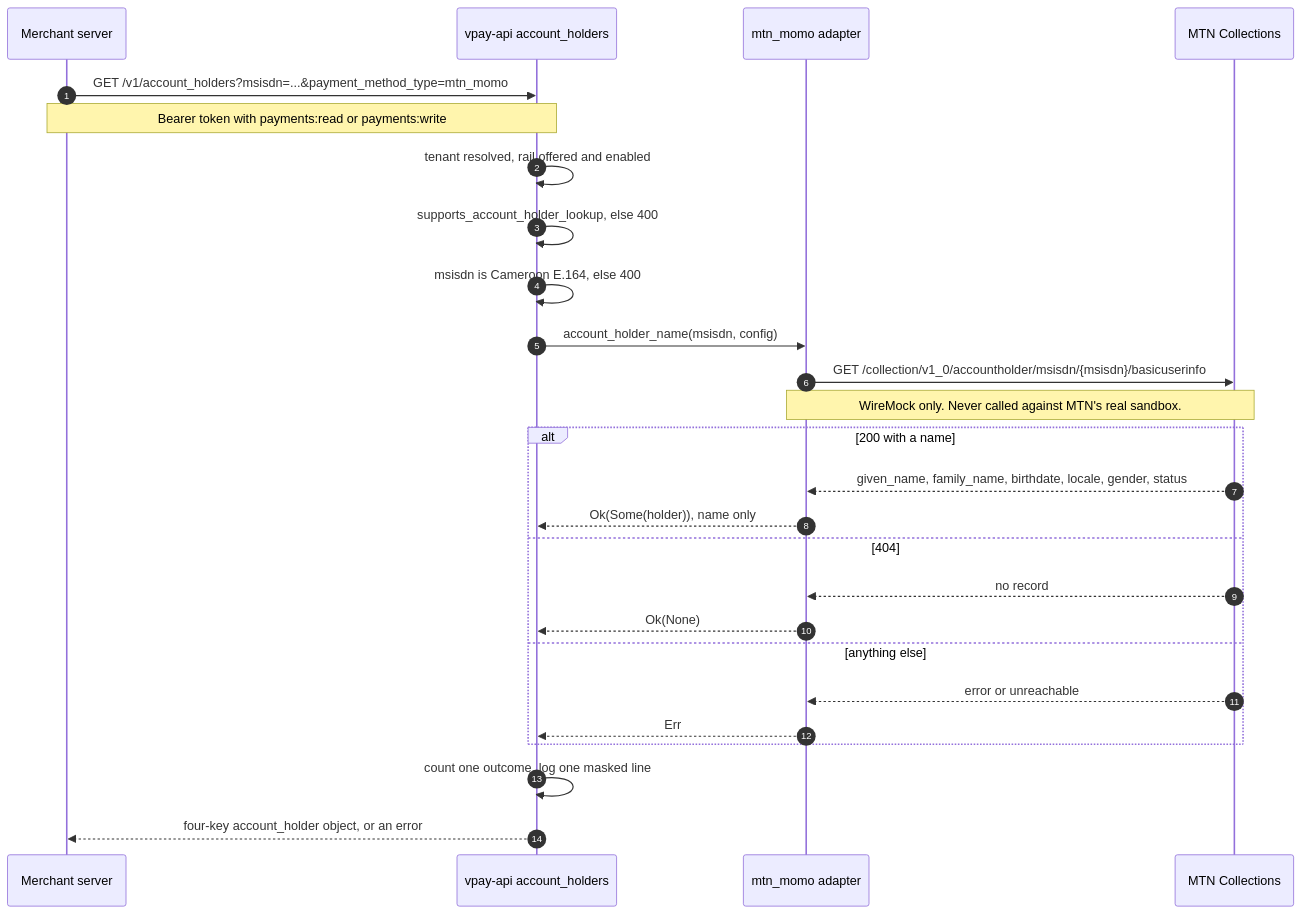
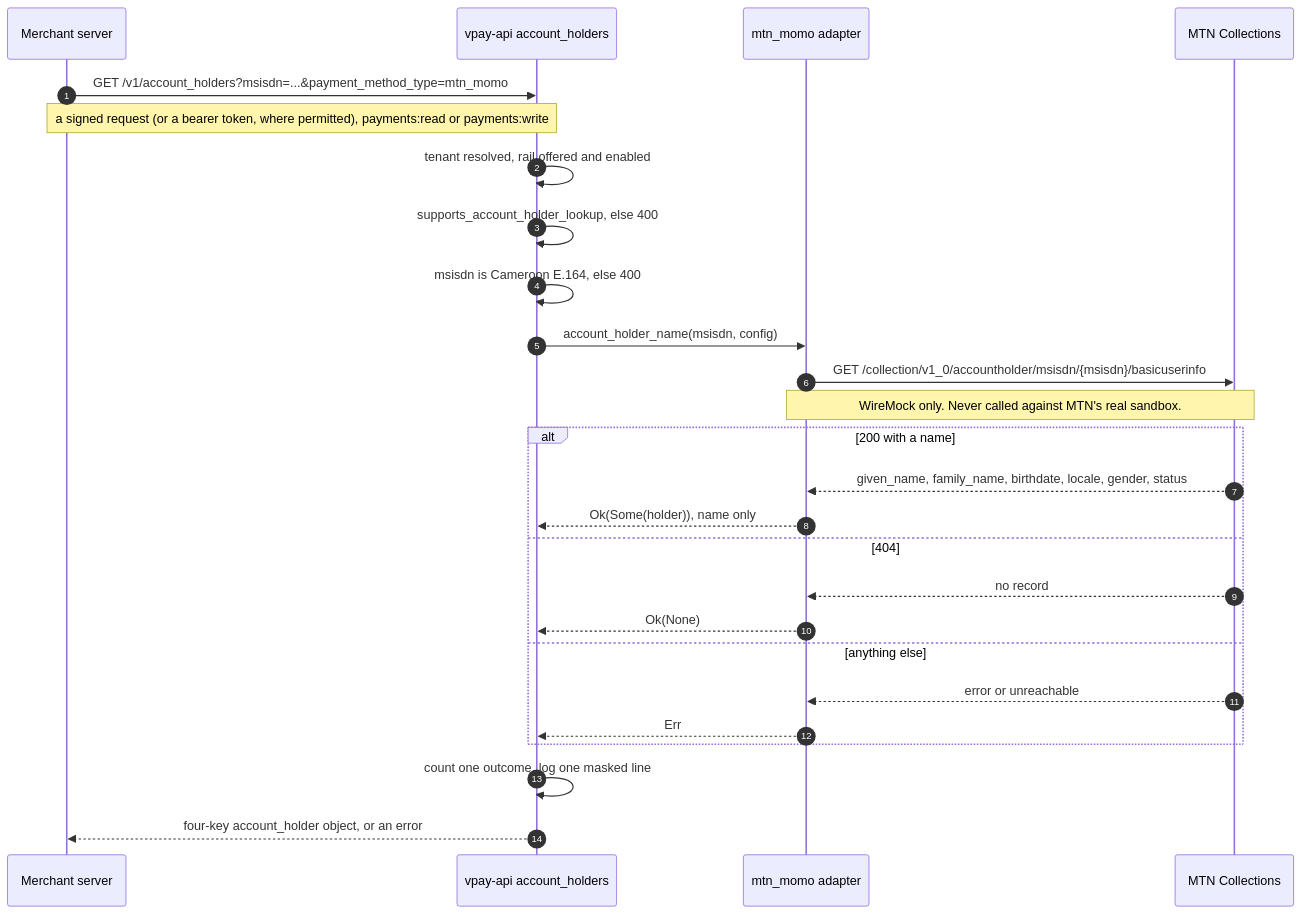
Before and after one commit to vaam-apps/vpay-docs: the first of 2 diagrams in docs/rails/account-holder-lookup.md, drawn with Mermaid. The commit also changed other lines of this file and 29 other files, not shown here.

First line of the commit message:
docs: parity with vpay v0.16.0, re-read and signed (#35)

````diff
--- a/docs/rails/account-holder-lookup.md
+++ b/docs/rails/account-holder-lookup.md
@@ -39,28 +39,28 @@
 ```mermaid
 sequenceDiagram
     autonumber
     participant M as Merchant server
     participant R as vpay-api account_holders
     participant A as mtn_momo adapter
     participant MTN as MTN Collections
     M->>R: GET /v1/account_holders?msisdn=...&payment_method_type=mtn_momo
-    Note over M,R: Bearer token with payments:read or payments:write
+    Note over M,R: a signed request (or a bearer token, where permitted), payments:read or payments:write
     R->>R: tenant resolved, rail offered and enabled
     R->>R: supports_account_holder_lookup, else 400
     R->>R: msisdn is Cameroon E.164, else 400
     R->>A: account_holder_name(msisdn, config)
     A->>MTN: GET /collection/v1_0/accountholder/msisdn/{msisdn}/basicuserinfo
     Note over A,MTN: WireMock only. Never called against MTN's real sandbox.
     alt 200 with a name
         MTN-->>A: given_name, family_name, birthdate, locale, gender, status
         A-->>R: Ok(Some(holder)), name only
     else 404
         MTN-->>A: no record
         A-->>R: Ok(None)
     else anything else
         MTN-->>A: error or unreachable
         A-->>R: Err
     end
     R->>R: count one outcome, log one masked line
     R-->>M: four-key account_holder object, or an error
 ```
````
